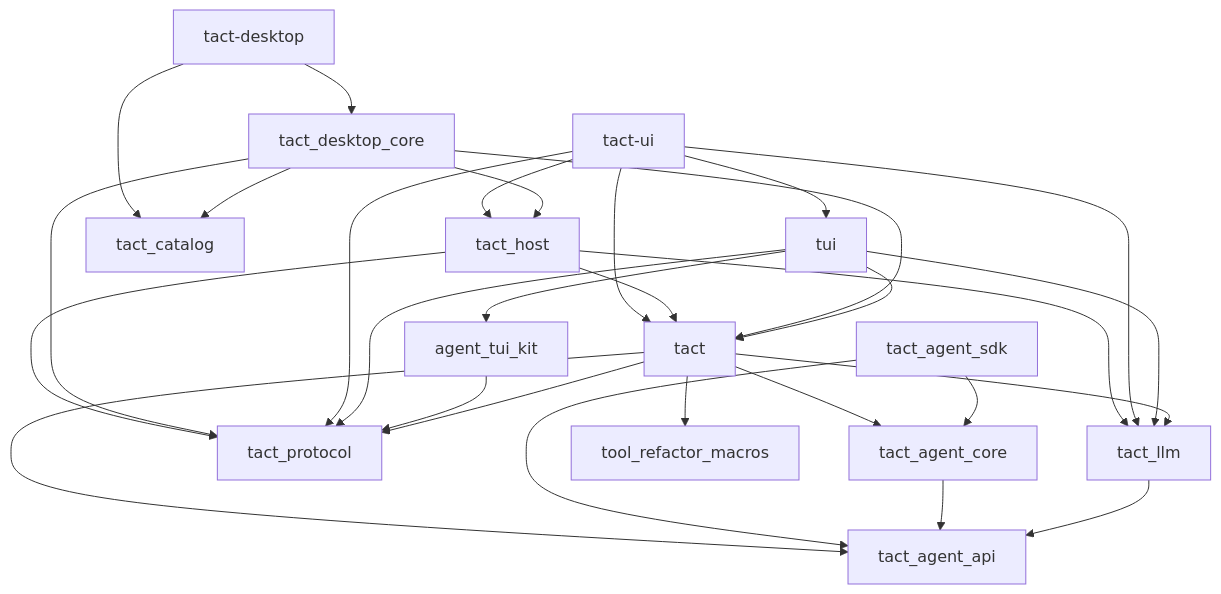
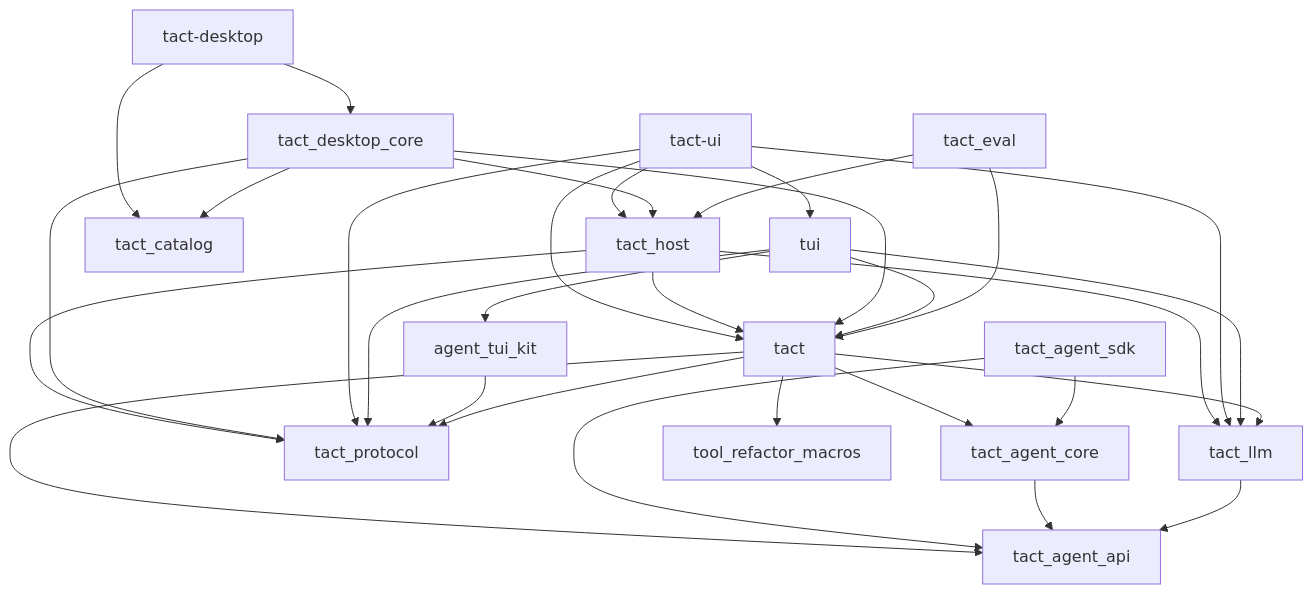
One commit to rust-infra/tact changed the first of 10 diagrams in ARCHITECTURE.md. Above: the diagram before and after it, drawn with Mermaid. The commit also changed other lines of this file and 20 other files, not shown here.

````diff
--- a/ARCHITECTURE.md
+++ b/ARCHITECTURE.md
@@ -32,31 +33,33 @@
 ```mermaid
 flowchart TB
     tact_ui["tact-ui"] --> tact
     tact_ui --> tact_host["tact_host"]
     tact_host --> tact
     tact_host --> tact_llm
     tact_host --> tact_protocol
     tact_desktop["tact-desktop"] --> tact_desktop_core["tact_desktop_core"]
     tact_desktop --> tact_catalog
     tact_desktop_core --> tact_host
     tact_desktop_core --> tact_catalog
     tact_desktop_core --> tact_protocol
     tact_desktop_core --> tact
     tact_ui --> tui
     tact_ui --> tact_llm
     tact_ui --> tact_protocol
     tui --> agent_tui_kit
     tui --> tact
     tui --> tact_llm
     tui --> tact_protocol
     agent_tui_kit --> tact_protocol
     tact --> tact_agent_api["tact_agent_api"]
     tact --> tact_agent_core["tact_agent_core"]
     tact --> tact_llm
     tact --> tact_protocol
     tact --> tool_refactor_macros
     tact_agent_sdk["tact_agent_sdk"] --> tact_agent_api["tact_agent_api"]
     tact_agent_sdk --> tact_agent_core["tact_agent_core"]
     tact_agent_core --> tact_agent_api
     tact_llm --> tact_agent_api
+    tact_eval["tact_eval"] --> tact
+    tact_eval --> tact_host
 ```
````
